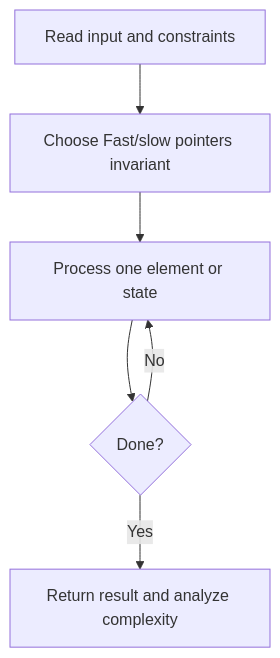
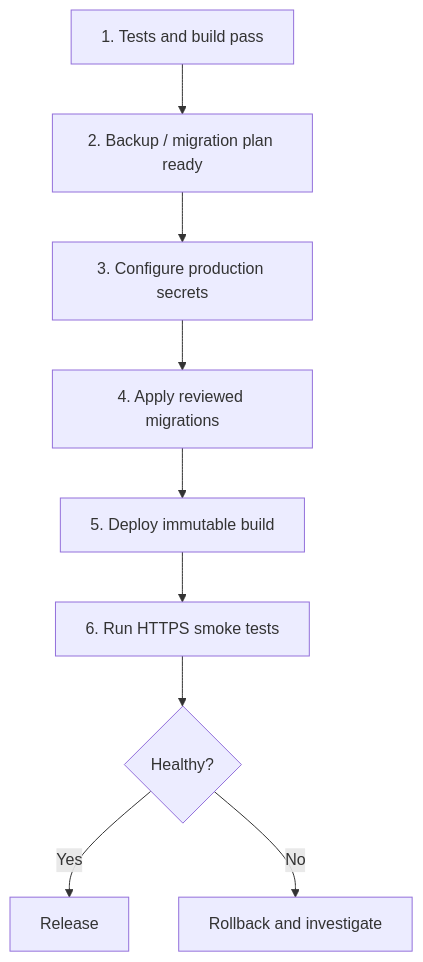
One commit to pratulsharma/minitrack changed the first of 2 diagrams in lessons/day-14.md. Above: the diagram before and after it, drawn with Mermaid. The commit also changed other lines of this file and 14 other files, not shown here.

````diff
--- a/lessons/day-14.md
+++ b/lessons/day-14.md
@@ -17,8 +41,11 @@
 ```mermaid
 flowchart TD
-    A[Read input and constraints] --> B[Choose Fast/slow pointers invariant]
-    B --> C[Process one element or state]
-    C --> D{Done?}
-    D -- No --> C
-    D -- Yes --> E[Return result and analyze complexity]
+  A["1. Tests and build pass"] --> B["2. Backup / migration plan ready"]
+  B --> C["3. Configure production secrets"]
+  C --> D["4. Apply reviewed migrations"]
+  D --> E["5. Deploy immutable build"]
+  E --> F["6. Run HTTPS smoke tests"]
+  F --> G{"Healthy?"}
+  G -- Yes --> H["Release"]
+  G -- No --> I["Rollback and investigate"]
 ```
````
